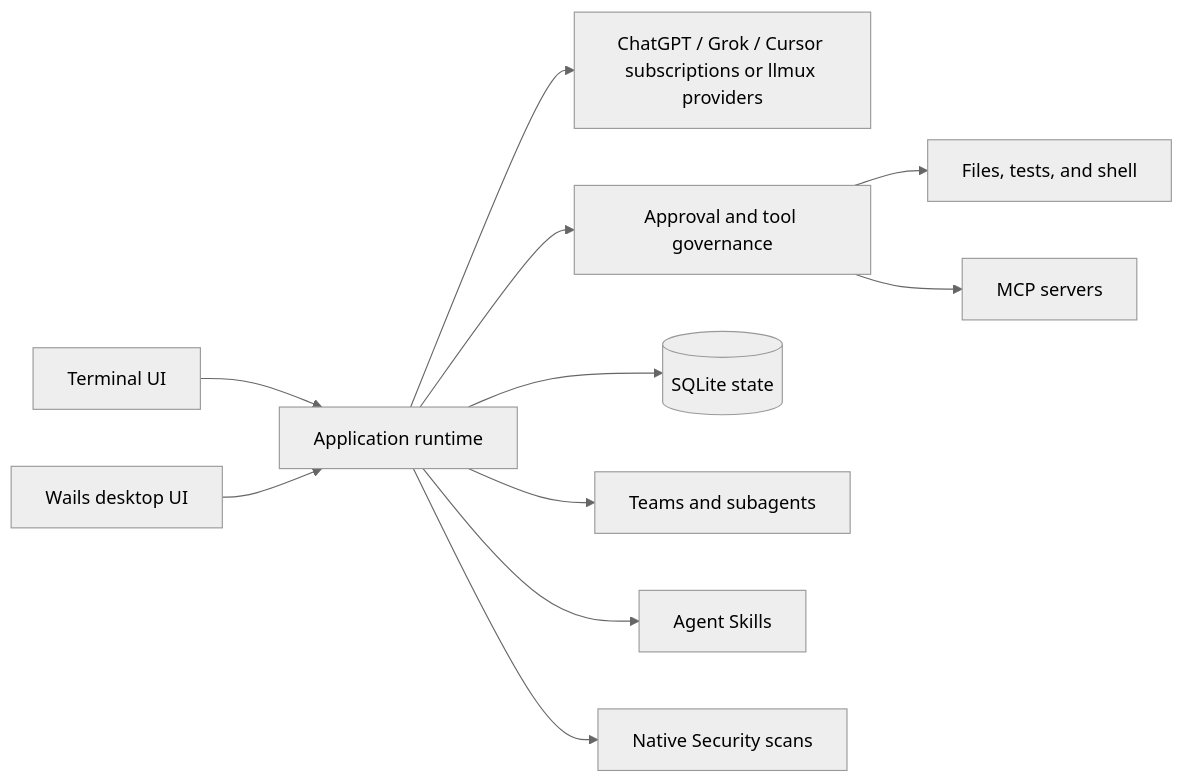
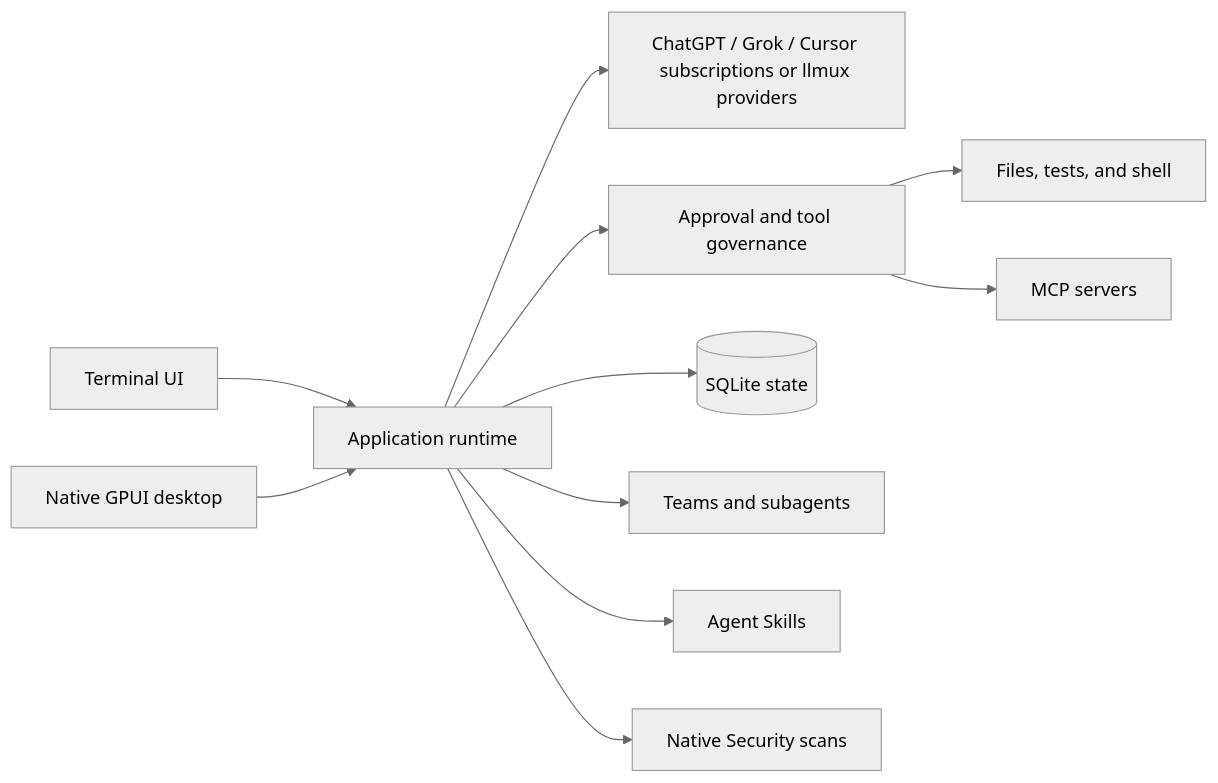
Before and after one commit to Viking602/azem: the diagram in README.md, drawn with Mermaid (neutral theme). The commit also changed other lines of this file and 528 other files, not shown here.

First line of the commit message:
feat: complete native GPUI runtime migration

````diff
--- a/README.md
+++ b/README.md
@@ -217,13 +212,13 @@
 ```mermaid
 flowchart LR
     U[Terminal UI] --> A[Application runtime]
-    D[Wails desktop UI] --> A
+    D[Native GPUI desktop] --> A
     A --> P[ChatGPT / Grok / Cursor subscriptions or llmux providers]
     A --> G[Approval and tool governance]
     G --> T[Files, tests, and shell]
     G --> M[MCP servers]
     A --> S[(SQLite state)]
     A --> C[Teams and subagents]
     A --> K[Agent Skills]
     A --> Q[Native Security scans]
 ```
````
